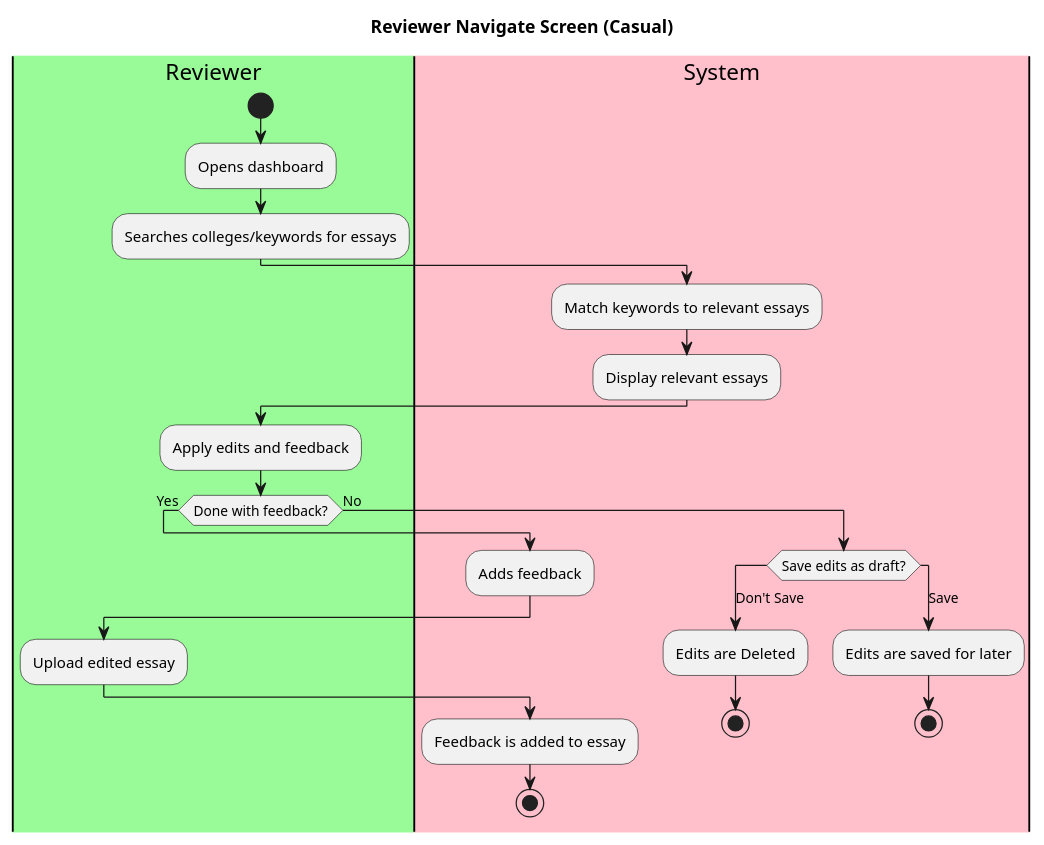
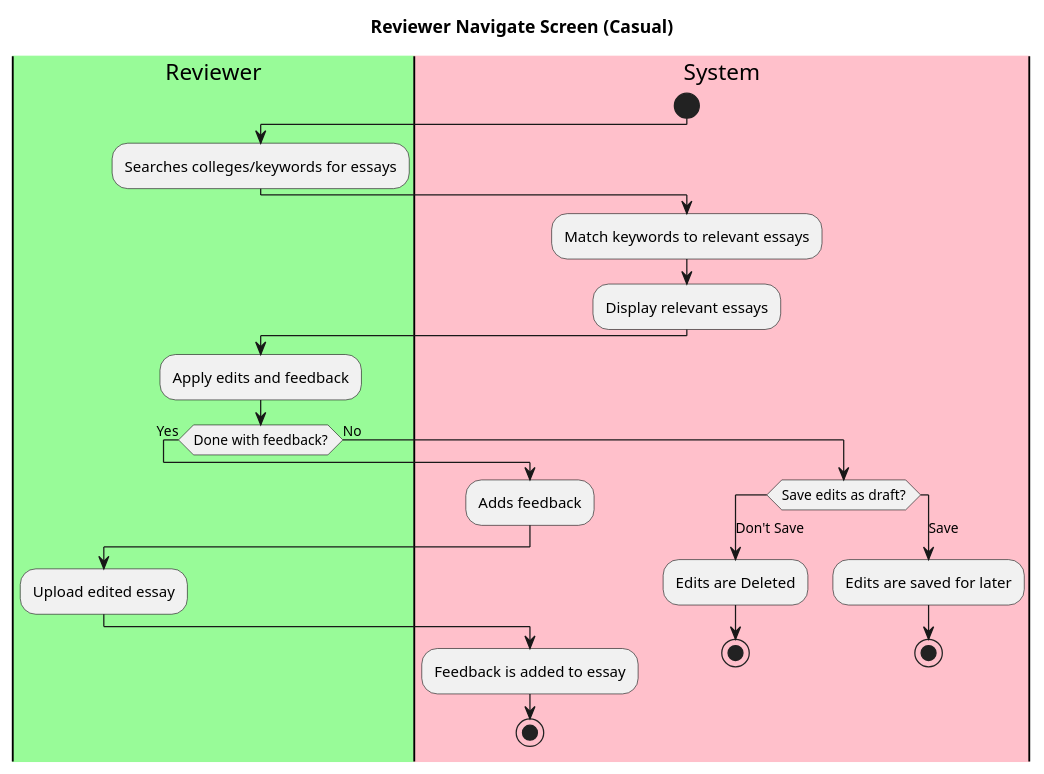
The diagram in intellij/doc/use-cases/reviewernavigate.md (jlederer33/Essay-Review-App), drawn with PlantUML before and after one commit. The commit also changed 3 other files, not shown here.

````diff
--- a/intellij/doc/use-cases/reviewernavigate.md
+++ b/intellij/doc/use-cases/reviewernavigate.md
@@ -1,38 +1,37 @@
 ```plantuml
 title Reviewer Navigate Screen (Casual)
 
 |#palegreen|Reviewer|
 |#pink|System|
 
-
+|System|
+Start
 |Reviewer|
-Start
-:Opens dashboard;
 :Searches colleges/keywords for essays;
 |System|
 :Match keywords to relevant essays;
 :Display relevant essays;
 |Reviewer|
 :Apply edits and feedback;
 if (Done with feedback?) then (Yes)
 |System|
 :Adds feedback;
 |Reviewer|
 :Upload edited essay;
 |System|
 :Feedback is added to essay;
 stop
 else(No)
 Switch (Save edits as draft?)
 Case(Don't Save)
 |System|
 :Edits are Deleted;
 stop
 Case(Save)
 :Edits are saved for later;
 Stop
 
 
 
 
 ```
````
